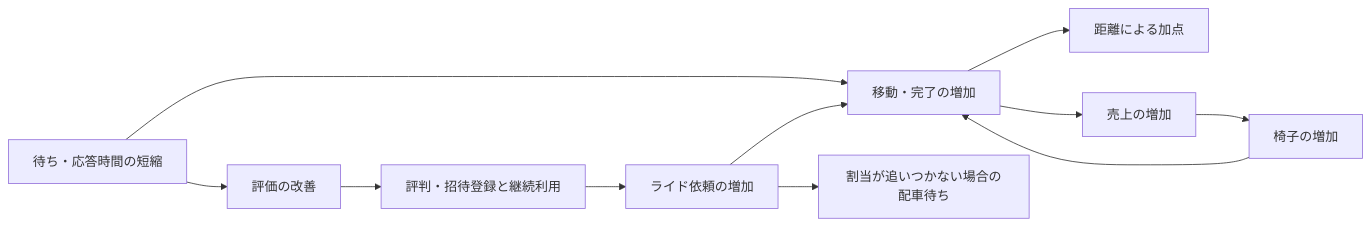
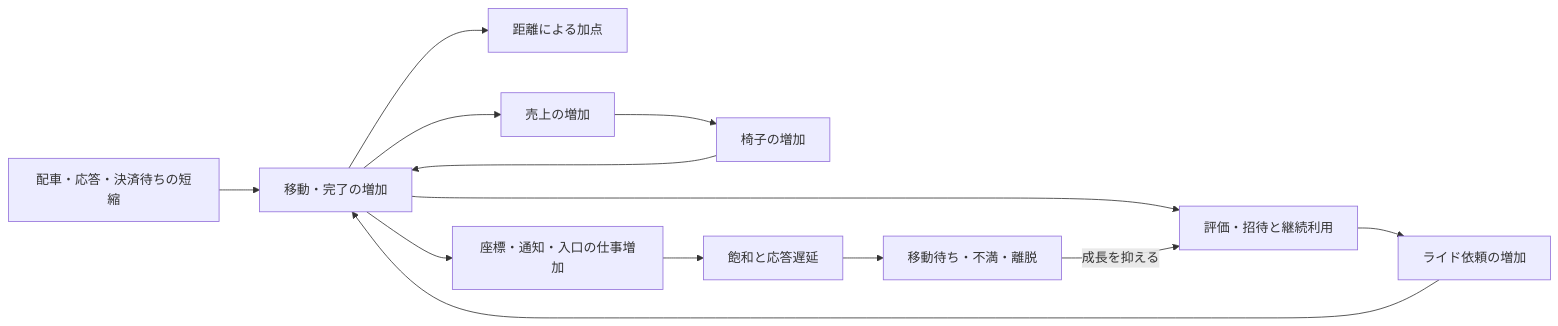
The diagram in docs/analysis/benchmark-score-structure.md (EkeMinusYou/isucon14-02), drawn with Mermaid before and after one commit. The commit also changed other lines of this file, not shown here.

````diff
--- a/docs/analysis/benchmark-score-structure.md
+++ b/docs/analysis/benchmark-score-structure.md
@@ -92,13 +118,15 @@
 ```mermaid
 flowchart LR
-    A["待ち・応答時間の短縮"] --> B["移動・完了の増加"]
+    A["配車・応答・決済待ちの短縮"] --> B["移動・完了の増加"]
     B --> C["距離による加点"]
     B --> D["売上の増加"]
     D --> E["椅子の増加"]
     E --> B
-    A --> F["評価の改善"]
-    F --> G["評判・招待登録と継続利用"]
-    G --> H["ライド依頼の増加"]
-    H --> B
-    H --> I["割当が追いつかない場合の配車待ち"]
+    B --> F["評価・招待と継続利用"]
+    F --> G["ライド依頼の増加"]
+    G --> B
+    B --> H["座標・通知・入口の仕事増加"]
+    H --> I["飽和と応答遅延"]
+    I --> J["移動待ち・不満・離脱"]
+    J -->|成長を抑える| F
 ```
````
